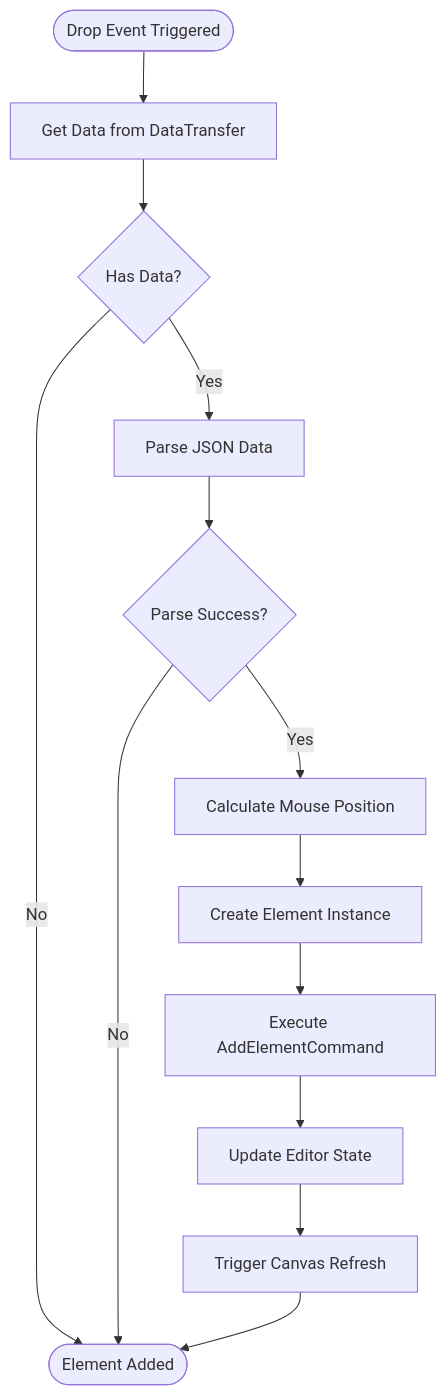
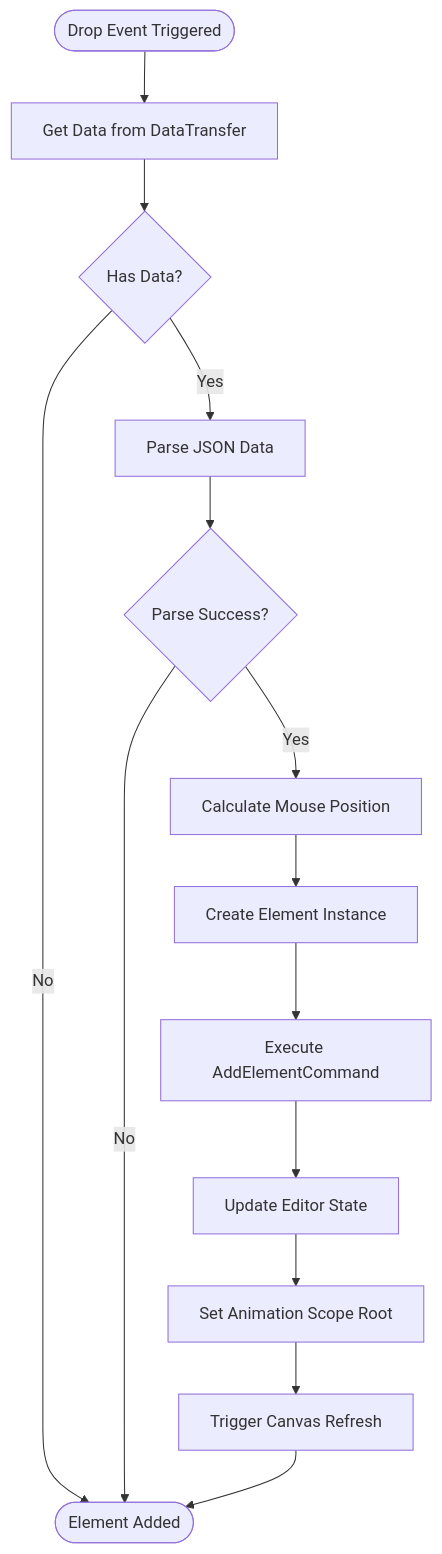
Before and after one commit to Anna0314zy/ai_editor_enginer: the fourth of 8 diagrams in .qoder/repowiki/en/content/User Interface Components/Canvas Toolbar Component.md, drawn with Mermaid. The commit also changed other lines of this file and 8 other files, not shown here.

````diff
--- a/.qoder/repowiki/en/content/User Interface Components/Canvas Toolbar Component.md
+++ b/.qoder/repowiki/en/content/User Interface Components/Canvas Toolbar Component.md
@@ -205,15 +237,16 @@
 ```mermaid
 flowchart TD
 Start([Drop Event Triggered]) --> GetData["Get Data from DataTransfer"]
 GetData --> HasData{"Has Data?"}
 HasData --> |No| End([Ignore Drop])
 HasData --> |Yes| ParseData["Parse JSON Data"]
 ParseData --> ParseSuccess{"Parse Success?"}
 ParseSuccess --> |No| End
 ParseSuccess --> |Yes| GetPosition["Calculate Mouse Position"]
 GetPosition --> CreateElement["Create Element Instance"]
 CreateElement --> ExecuteCommand["Execute AddElementCommand"]
 ExecuteCommand --> UpdateState["Update Editor State"]
-UpdateState --> RefreshCanvas["Trigger Canvas Refresh"]
+UpdateState --> SetScopeRoot["Set Animation Scope Root"]
+SetScopeRoot --> RefreshCanvas["Trigger Canvas Refresh"]
 RefreshCanvas --> End([Element Added])
 ```
````
